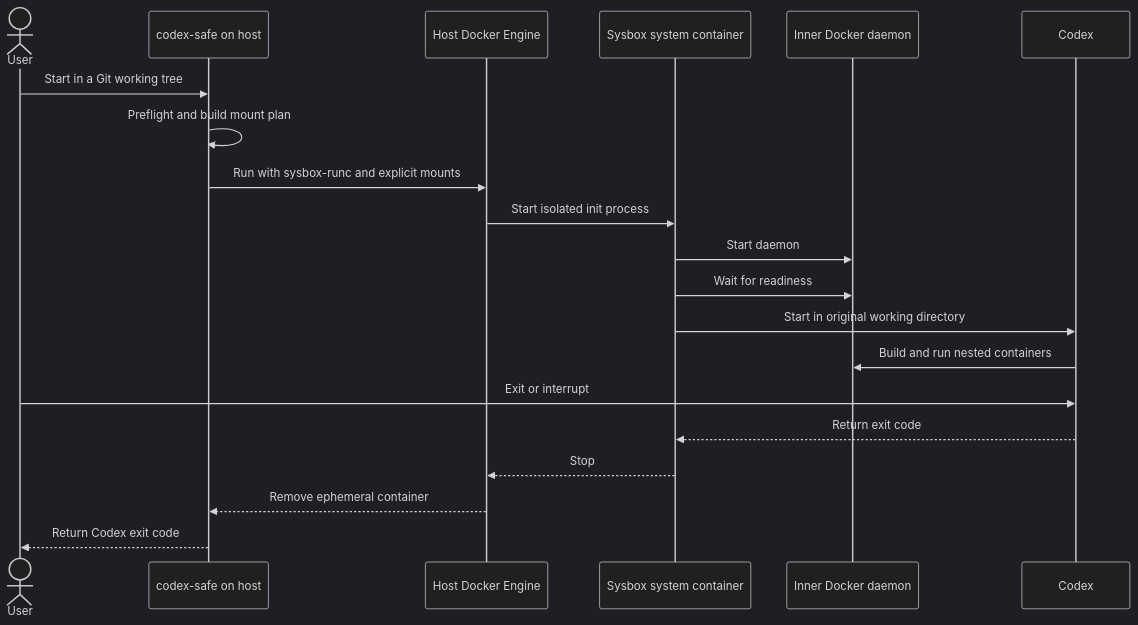
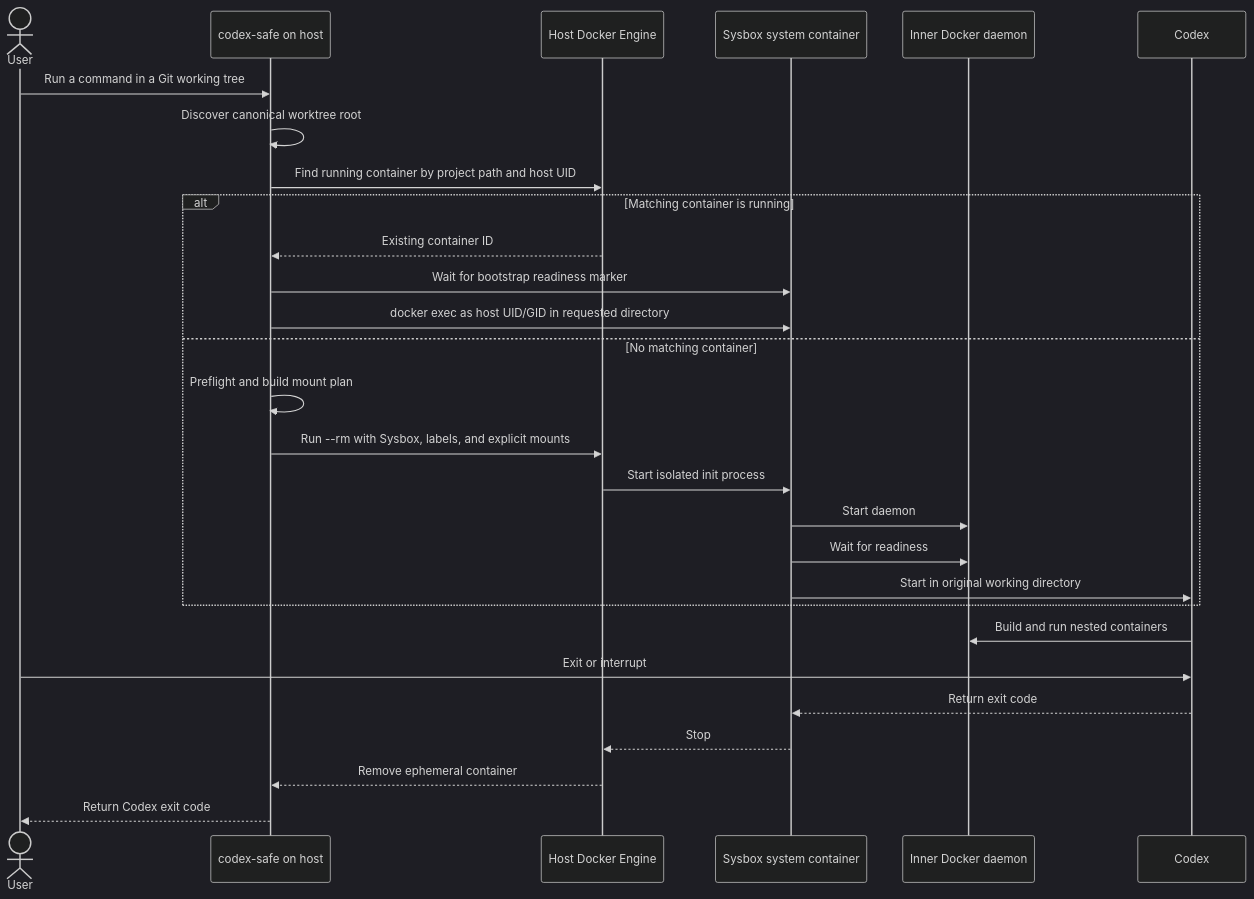
One commit to vkuptcov/agents-safe-environment changed the diagram in docs/design-docs/codex-safe.md. Above: the diagram before and after it, drawn with Mermaid (dark theme). The commit also changed other lines of this file and 9 other files, not shown here.

````diff
--- a/docs/design-docs/codex-safe.md
+++ b/docs/design-docs/codex-safe.md
@@ -295,23 +301,31 @@
 ```mermaid
 sequenceDiagram
     actor User
     participant Launcher as codex-safe on host
     participant HostDocker as Host Docker Engine
     participant Outer as Sysbox system container
     participant InnerDocker as Inner Docker daemon
     participant Codex
 
-    User->>Launcher: Start in a Git working tree
-    Launcher->>Launcher: Preflight and build mount plan
-    Launcher->>HostDocker: Run with sysbox-runc and explicit mounts
-    HostDocker->>Outer: Start isolated init process
-    Outer->>InnerDocker: Start daemon
-    Outer->>InnerDocker: Wait for readiness
-    Outer->>Codex: Start in original working directory
+    User->>Launcher: Run a command in a Git working tree
+    Launcher->>Launcher: Discover canonical worktree root
+    Launcher->>HostDocker: Find running container by project path and host UID
+    alt Matching container is running
+        HostDocker-->>Launcher: Existing container ID
+        Launcher->>Outer: Wait for bootstrap readiness marker
+        Launcher->>Outer: docker exec as host UID/GID in requested directory
+    else No matching container
+        Launcher->>Launcher: Preflight and build mount plan
+        Launcher->>HostDocker: Run --rm with Sysbox, labels, and explicit mounts
+        HostDocker->>Outer: Start isolated init process
+        Outer->>InnerDocker: Start daemon
+        Outer->>InnerDocker: Wait for readiness
+        Outer->>Codex: Start in original working directory
+    end
     Codex->>InnerDocker: Build and run nested containers
     User->>Codex: Exit or interrupt
     Codex-->>Outer: Return exit code
     Outer-->>HostDocker: Stop
     HostDocker-->>Launcher: Remove ephemeral container
     Launcher-->>User: Return Codex exit code
 ```
````
